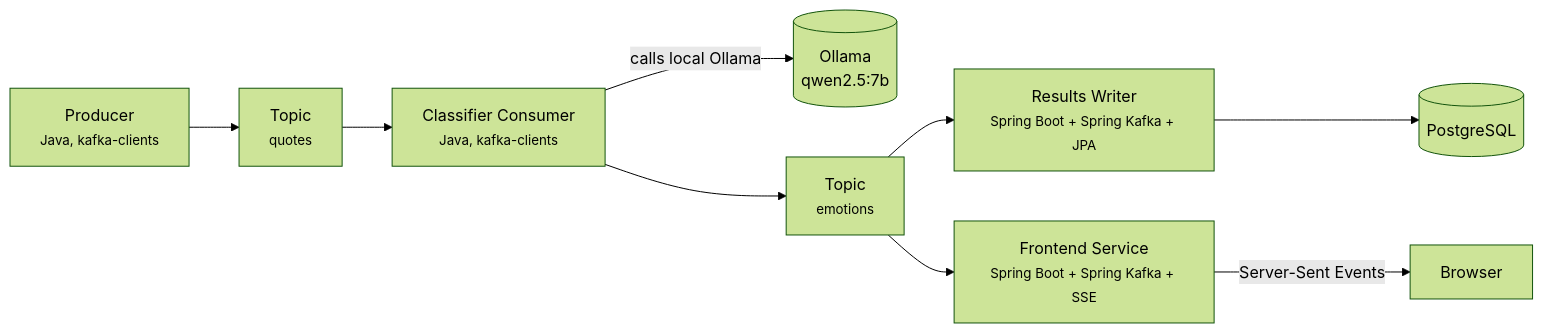
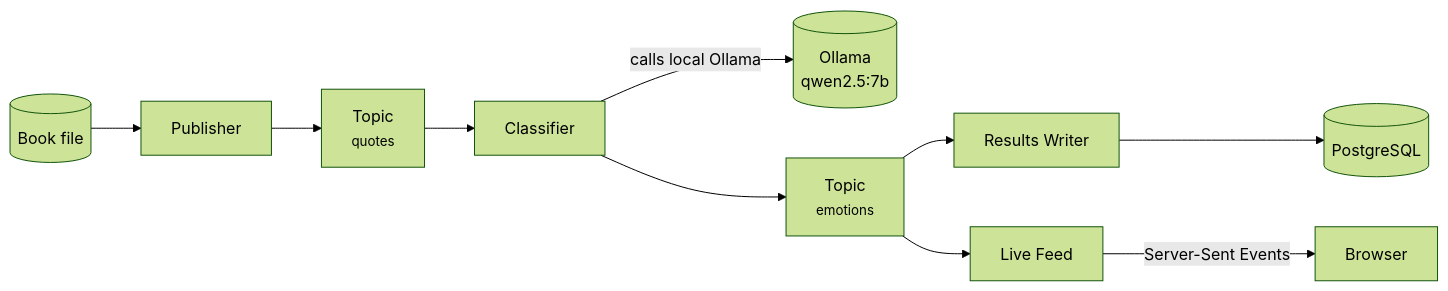
One commit to kiovaz/kafka-on-kafka changed the diagram in README.md. Above: the diagram before and after it, drawn with Mermaid (forest theme). The commit also changed other lines of this file and 1 other file, not shown here.

First line of the commit message:
Redesign as a single Spring Boot app and record architecture decisions

````diff
--- a/README.md
+++ b/README.md
@@ -33,11 +34,12 @@
 ```mermaid
 flowchart LR
-    P[Producer<br/><small>Java, kafka-clients</small>] --> T1[Topic<br/><small>quotes</small>]
-    T1 --> C[Classifier Consumer<br/><small>Java, kafka-clients</small>]
+    B[(Book file)] --> P[Publisher]
+    P --> T1[Topic<br/><small>quotes</small>]
+    T1 --> C[Classifier]
     C -->|calls local Ollama| O[(Ollama<br/>qwen2.5:7b)]
     C --> T2[Topic<br/><small>emotions</small>]
-    T2 --> W[Results Writer<br/><small>Spring Boot + Spring Kafka + JPA</small>]
-    T2 --> FE[Frontend Service<br/><small>Spring Boot + Spring Kafka + SSE</small>]
+    T2 --> W[Results Writer]
+    T2 --> F[Live Feed]
     W --> PG[(PostgreSQL)]
-    FE -->|Server-Sent Events| BR[Browser]
+    F -->|Server-Sent Events| BR[Browser]
 ```
````
